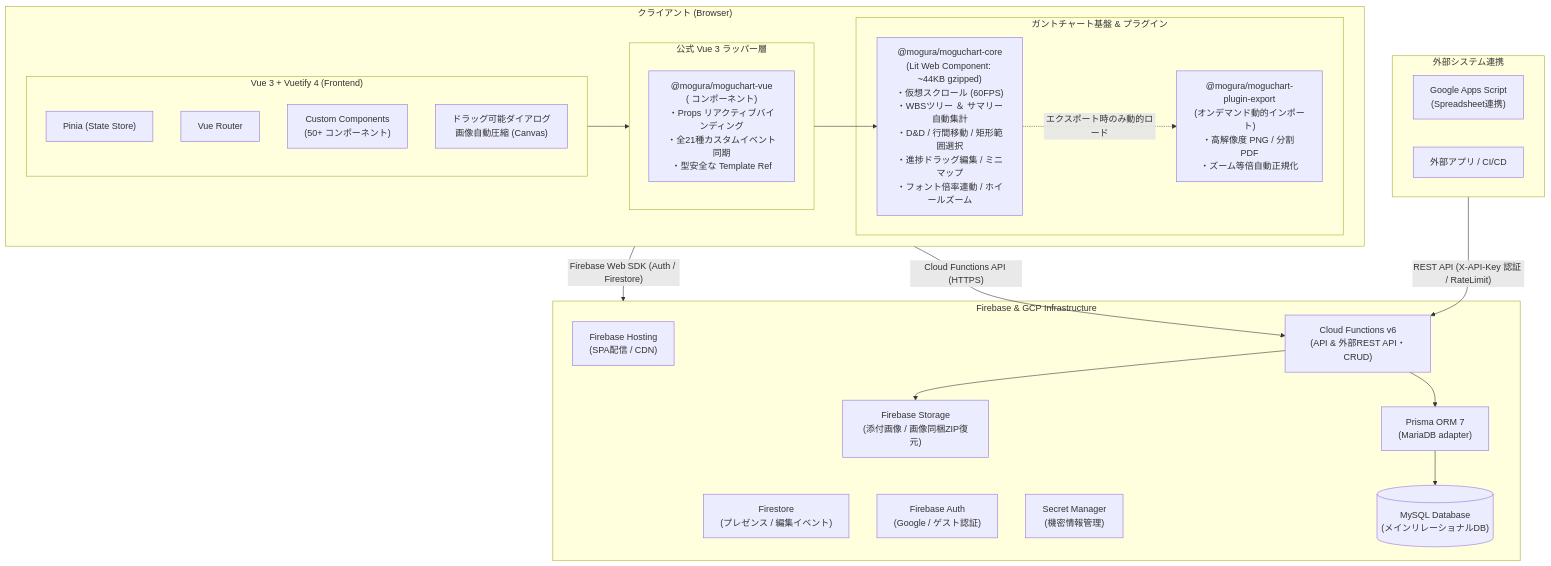
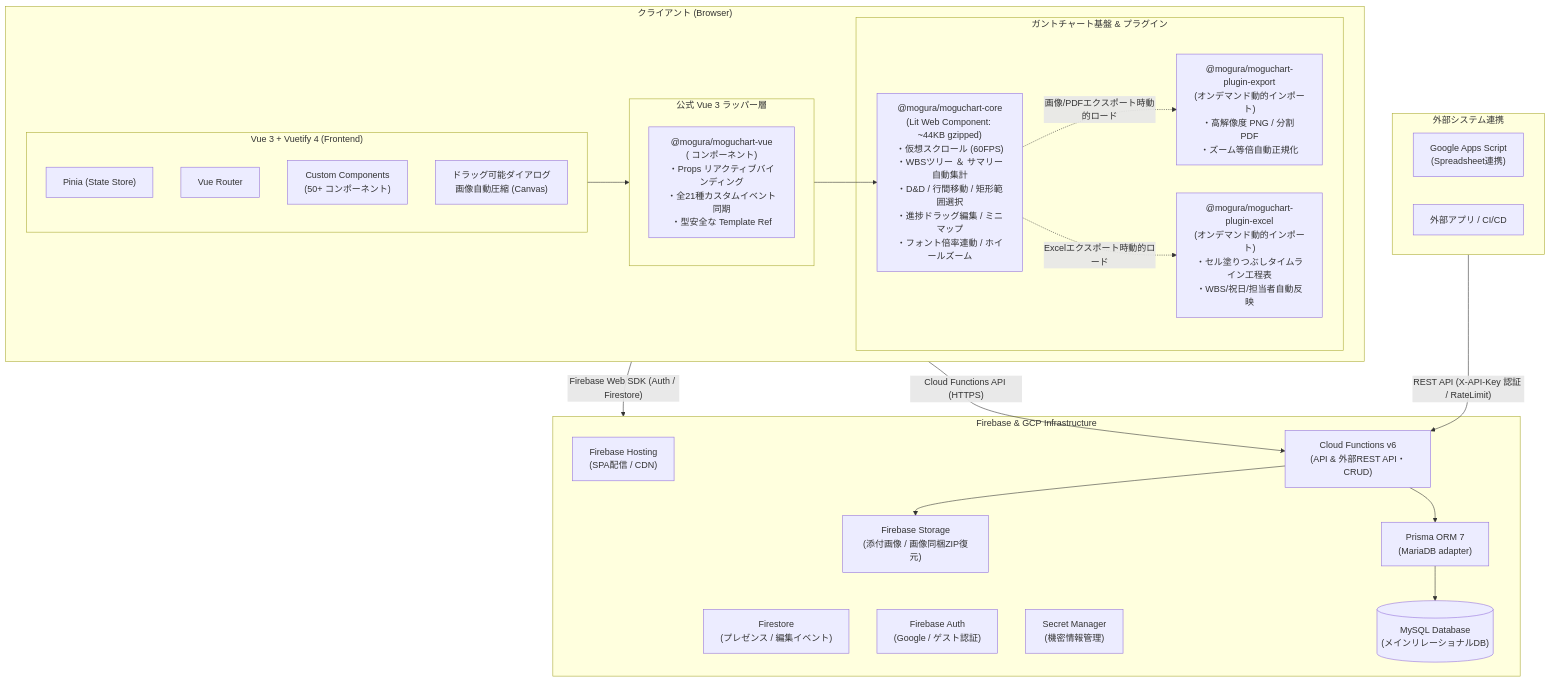
The diagram in public/moguchart-app-architecture.md (hiro-murakami/qiita-content), drawn with Mermaid before and after one commit. The commit also changed other lines of this file and 5 other files, not shown here.

Commit message:
docs: update moguchart documentation and add excel export image for v1 release

````diff
--- a/public/moguchart-app-architecture.md
+++ b/public/moguchart-app-architecture.md
@@ -70,48 +70,50 @@
 ```mermaid
 flowchart TB
     subgraph Client ["クライアント (Browser)"]
         subgraph Frontend ["Vue 3 + Vuetify 4 (Frontend)"]
             Pinia["Pinia (State Store)"]
             Router["Vue Router"]
             Custom["Custom Components<br>(50+ コンポーネント)"]
             Draggable["ドラッグ可能ダイアログ<br>画像自動圧縮 (Canvas)"]
         end
 
         subgraph Wrapper ["公式 Vue 3 ラッパー層"]
             VueWrapper["@mogura/moguchart-vue<br>(<GanttChart> コンポーネント)<br>・Props リアクティブバインディング<br>・全21種カスタムイベント同期<br>・型安全な Template Ref"]
         end
 
         subgraph CoreEngine ["ガントチャート基盤 & プラグイン"]
             Core["@mogura/moguchart-core<br>(Lit Web Component: ~44KB gzipped)<br>・仮想スクロール (60FPS)<br>・WBSツリー ＆ サマリー自動集計<br>・D&D / 行間移動 / 矩形範囲選択<br>・進捗ドラッグ編集 / ミニマップ<br>・フォント倍率連動 / ホイールズーム"]
             ExportPlugin["@mogura/moguchart-plugin-export<br>(オンデマンド動的インポート)<br>・高解像度 PNG / 分割 PDF<br>・ズーム等倍自動正規化"]
+            ExcelPlugin["@mogura/moguchart-plugin-excel<br>(オンデマンド動的インポート)<br>・セル塗りつぶしタイムライン工程表<br>・WBS/祝日/担当者自動反映"]
         end
 
         Frontend --> Wrapper
         Wrapper --> Core
-        Core -.->|"エクスポート時のみ動的ロード"| ExportPlugin
+        Core -.->|"画像/PDFエクスポート時動的ロード"| ExportPlugin
+        Core -.->|"Excelエクスポート時動的ロード"| ExcelPlugin
     end
 
     subgraph External ["外部システム連携"]
         GAS["Google Apps Script<br>(Spreadsheet連携)"]
         ThirdParty["外部アプリ / CI/CD"]
     end
 
     subgraph Firebase ["Firebase & GCP Infrastructure"]
         Hosting["Firebase Hosting<br>(SPA配信 / CDN)"]
         Functions["Cloud Functions v6<br>(API & 外部REST API・CRUD)"]
         Firestore["Firestore<br>(プレゼンス / 編集イベント)"]
         Auth["Firebase Auth<br>(Google / ゲスト認証)"]
         Storage["Firebase Storage<br>(添付画像 / 画像同梱ZIP復元)"]
         SecretMgr["Secret Manager<br>(機密情報管理)"]
         Prisma["Prisma ORM 7<br>(MariaDB adapter)"]
         MySQL[("MySQL Database<br>(メインリレーショナルDB)")]
 
         Functions --> Prisma
         Prisma --> MySQL
         Functions --> Storage
     end
 
     Client -->|"Firebase Web SDK (Auth / Firestore)"| Firebase
     Client -->|"Cloud Functions API (HTTPS)"| Functions
     External -->|"REST API (X-API-Key 認証 / RateLimit)"| Functions
 ```
````
